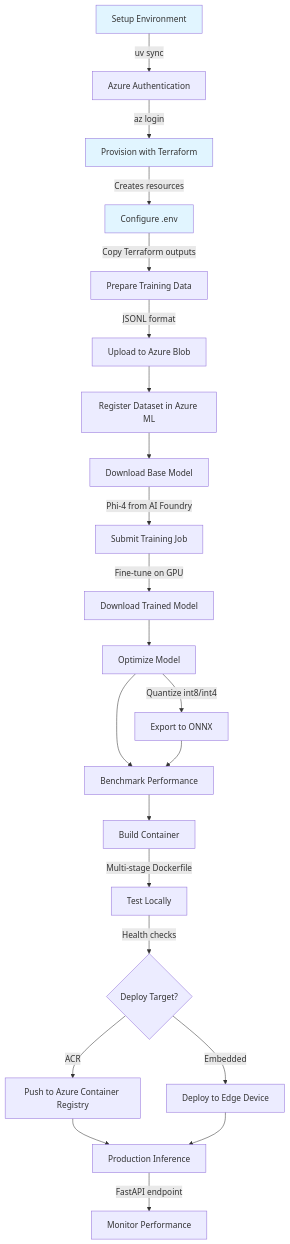
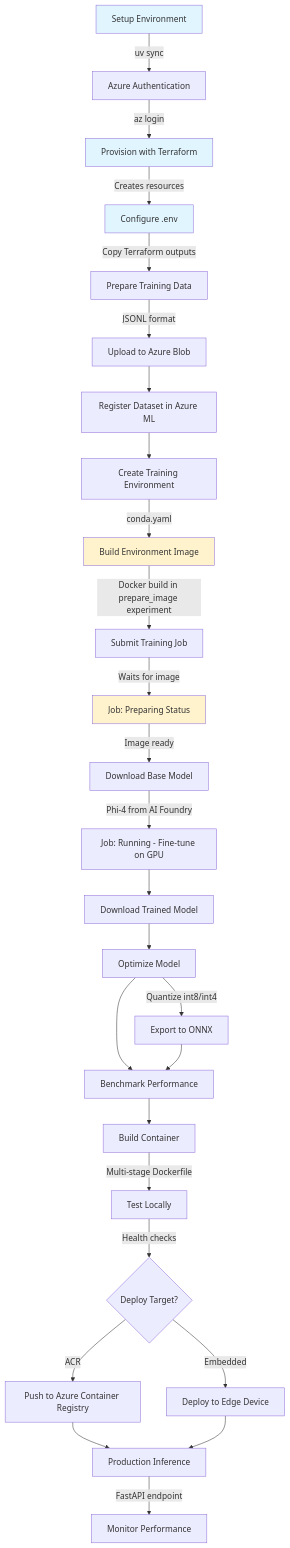
Before and after one commit to jordanbean-msft/slm-train-deploy-container: the diagram in README.md, drawn with Mermaid. The commit also changed other lines of this file and 21 other files, not shown here.

````diff
--- a/README.md
+++ b/README.md
@@ -9,28 +9,34 @@
 ```mermaid
 graph TD
     A[Setup Environment] -->|uv sync| B[Azure Authentication]
     B -->|az login| C[Provision with Terraform]
     C -->|Creates resources| D[Configure .env]
     D -->|Copy Terraform outputs| E[Prepare Training Data]
     E -->|JSONL format| F[Upload to Azure Blob]
     F --> G[Register Dataset in Azure ML]
-    G --> H[Download Base Model]
-    H -->|Phi-4 from AI Foundry| I[Submit Training Job]
-    I -->|Fine-tune on GPU| J[Download Trained Model]
-    J --> K[Optimize Model]
-    K -->|Quantize int8/int4| L[Export to ONNX]
-    K --> M[Benchmark Performance]
-    L --> M
-    M --> N[Build Container]
-    N -->|Multi-stage Dockerfile| O[Test Locally]
-    O -->|Health checks| P{Deploy Target?}
-    P -->|ACR| Q[Push to Azure Container Registry]
-    P -->|Embedded| R[Deploy to Edge Device]
-    Q --> S[Production Inference]
-    R --> S
-    S -->|FastAPI endpoint| T[Monitor Performance]
+    G --> H[Create Training Environment]
+    H -->|conda.yaml| I[Build Environment Image]
+    I -->|Docker build in prepare_image experiment| J[Submit Training Job]
+    J -->|Waits for image| K[Job: Preparing Status]
+    K -->|Image ready| L[Download Base Model]
+    L -->|Phi-4 from AI Foundry| M[Job: Running - Fine-tune on GPU]
+    M --> N[Download Trained Model]
+    N --> O[Optimize Model]
+    O -->|Quantize int8/int4| P[Export to ONNX]
+    O --> Q[Benchmark Performance]
+    P --> Q
+    Q --> R[Build Container]
+    R -->|Multi-stage Dockerfile| S[Test Locally]
+    S -->|Health checks| T{Deploy Target?}
+    T -->|ACR| U[Push to Azure Container Registry]
+    T -->|Embedded| V[Deploy to Edge Device]
+    U --> W[Production Inference]
+    V --> W
+    W -->|FastAPI endpoint| X[Monitor Performance]
 
     style A fill:#e1f5ff
     style C fill:#e1f5ff
     style D fill:#e1f5ff
+    style I fill:#fff3cd
+    style K fill:#fff3cd
 ```
````
